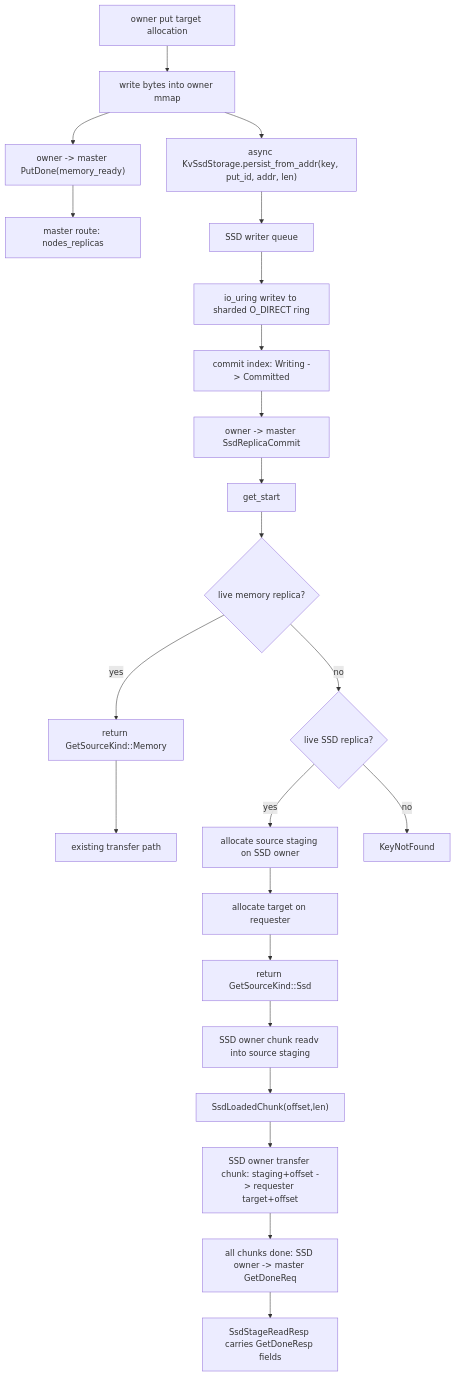
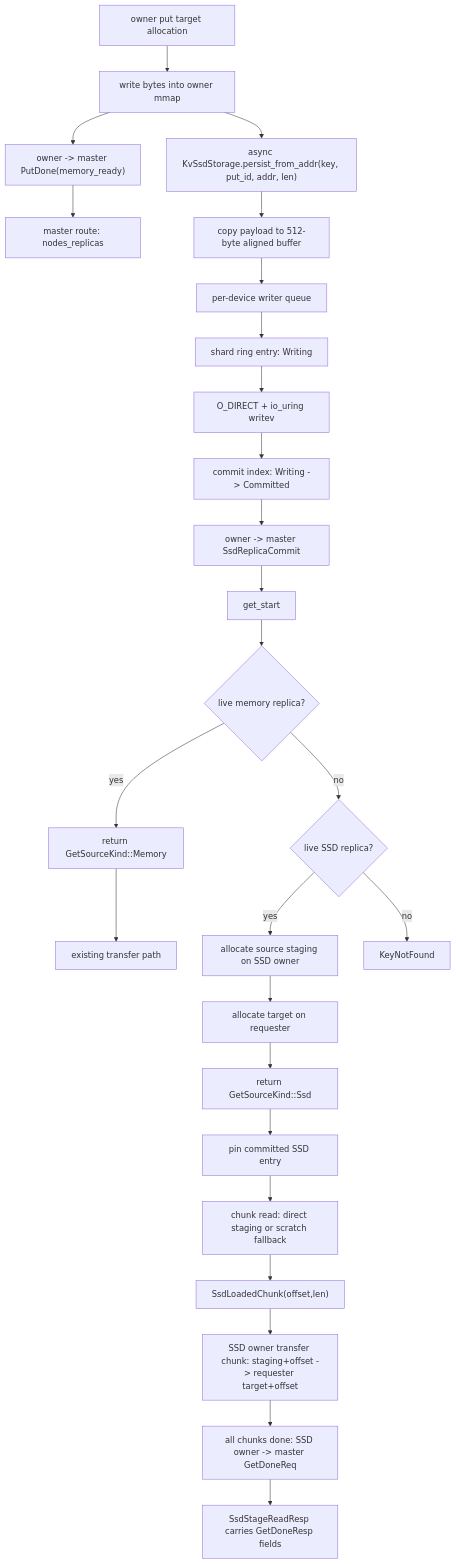
The first of 6 diagrams in fluxon_doc_cn/design/kv_5_SSD存储设计.md (Tele-AI/Fluxon), drawn with Mermaid before and after one commit. The commit also changed other lines of this file, not shown here.

Commit message:
docs: update SSD KV storage design

````diff
--- a/fluxon_doc_cn/design/kv_5_SSD存储设计.md
+++ b/fluxon_doc_cn/design/kv_5_SSD存储设计.md
@@ -46,28 +44,31 @@
 ```mermaid
 flowchart TD
     A["owner put target allocation"] --> B["write bytes into owner mmap"]
     B --> G["owner -> master PutDone(memory_ready)"]
     G --> H["master route: nodes_replicas"]
     B --> C["async KvSsdStorage.persist_from_addr(key, put_id, addr, len)"]
-    C --> D["SSD writer queue"]
-    D --> E["io_uring writev to sharded O_DIRECT ring"]
-    E --> F["commit index: Writing -> Committed"]
+    C --> D["copy payload to 512-byte aligned buffer"]
+    D --> E["per-device writer queue"]
+    E --> E2["shard ring entry: Writing"]
+    E2 --> E3["O_DIRECT + io_uring writev"]
+    E3 --> F["commit index: Writing -> Committed"]
     F --> I["owner -> master SsdReplicaCommit"]
     I --> J["master route: ssd_replicas"]
 
     J["get_start"] --> K{"live memory replica?"}
     K -->|yes| L["return GetSourceKind::Memory"]
     L --> M["existing transfer path"]
 
     K -->|no| N{"live SSD replica?"}
     N -->|yes| O["allocate source staging on SSD owner"]
     O --> P["allocate target on requester"]
     P --> Q["return GetSourceKind::Ssd"]
-    Q --> R["SSD owner chunk readv into source staging"]
+    Q --> R0["pin committed SSD entry"]
+    R0 --> R["chunk read: direct staging or scratch fallback"]
     R --> S["SsdLoadedChunk(offset,len)"]
     S --> W["SSD owner transfer chunk: staging+offset -> requester target+offset"]
     W --> T["all chunks done: SSD owner -> master GetDoneReq"]
     T --> V["SsdStageReadResp carries GetDoneResp fields"]
 
     N -->|no| U["KeyNotFound"]
 ```
````
